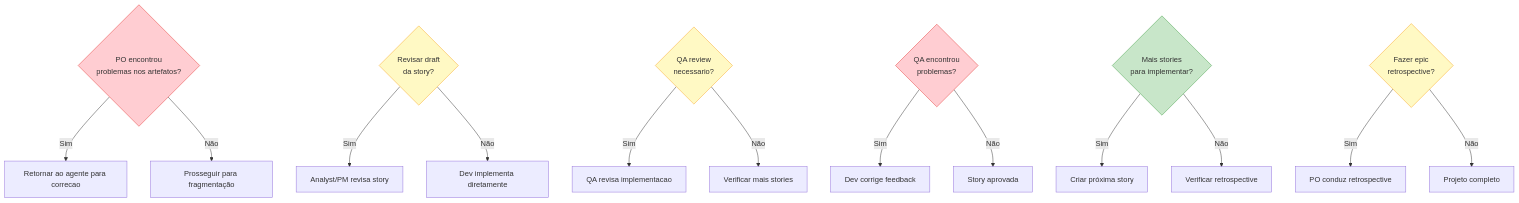
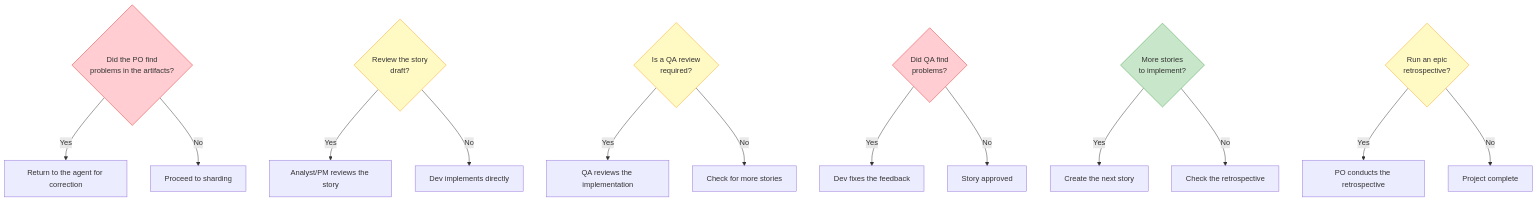
The sixth of 6 diagrams in docs/aexos-workflows/brownfield-service-workflow.md (CyryxLabs/AEXOS), drawn with Mermaid before and after one commit. The commit also changed other lines of this file and 528 other files, not shown here.

````diff
--- a/docs/aexos-workflows/brownfield-service-workflow.md
+++ b/docs/aexos-workflows/brownfield-service-workflow.md
@@ -591,34 +591,34 @@
 ```mermaid
 graph TD
-    D1{PO encontrou<br/>problemas nos artefatos?}
-    D2{Revisar draft<br/>da story?}
-    D3{QA review<br/>necessario?}
-    D4{QA encontrou<br/>problemas?}
-    D5{Mais stories<br/>para implementar?}
-    D6{Fazer epic<br/>retrospective?}
+    D1{Did the PO find<br/>problems in the artifacts?}
+    D2{Review the story<br/>draft?}
+    D3{Is a QA review<br/>required?}
+    D4{Did QA find<br/>problems?}
+    D5{More stories<br/>to implement?}
+    D6{Run an epic<br/>retrospective?}
 
-    D1 -->|Sim| A1[Retornar ao agente para correcao]
-    D1 -->|Não| A2[Prosseguir para fragmentação]
+    D1 -->|Yes| A1[Return to the agent for correction]
+    D1 -->|No| A2[Proceed to sharding]
 
-    D2 -->|Sim| B1[Analyst/PM revisa story]
-    D2 -->|Não| B2[Dev implementa diretamente]
+    D2 -->|Yes| B1[Analyst/PM reviews the story]
+    D2 -->|No| B2[Dev implements directly]
 
-    D3 -->|Sim| C1[QA revisa implementacao]
-    D3 -->|Não| C2[Verificar mais stories]
+    D3 -->|Yes| C1[QA reviews the implementation]
+    D3 -->|No| C2[Check for more stories]
 
-    D4 -->|Sim| D4A[Dev corrige feedback]
-    D4 -->|Não| D4B[Story aprovada]
+    D4 -->|Yes| D4A[Dev fixes the feedback]
+    D4 -->|No| D4B[Story approved]
 
-    D5 -->|Sim| E1[Criar próxima story]
-    D5 -->|Não| E2[Verificar retrospective]
+    D5 -->|Yes| E1[Create the next story]
+    D5 -->|No| E2[Check the retrospective]
 
-    D6 -->|Sim| F1[PO conduz retrospective]
-    D6 -->|Não| F2[Projeto completo]
+    D6 -->|Yes| F1[PO conducts the retrospective]
+    D6 -->|No| F2[Project complete]
 
     style D1 fill:#FFCDD2,stroke:#E53935
     style D2 fill:#FFF9C4,stroke:#F9A825
     style D3 fill:#FFF9C4,stroke:#F9A825
     style D4 fill:#FFCDD2,stroke:#E53935
     style D5 fill:#C8E6C9,stroke:#43A047
     style D6 fill:#FFF9C4,stroke:#F9A825
 ```
````
